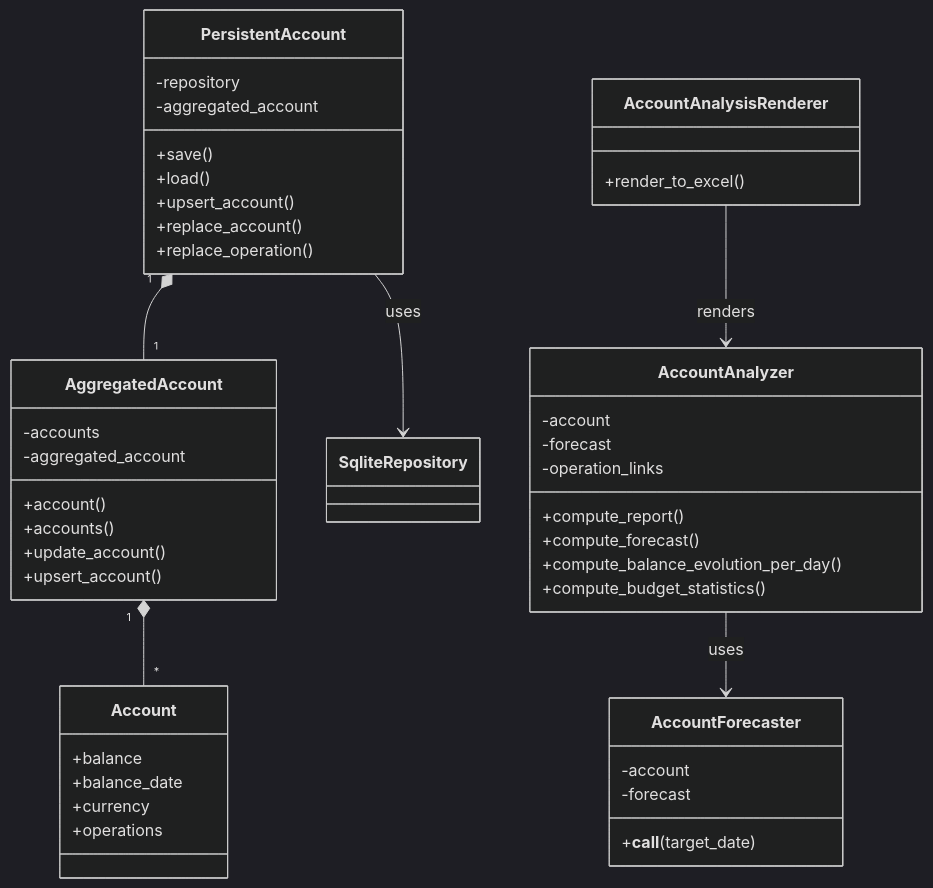
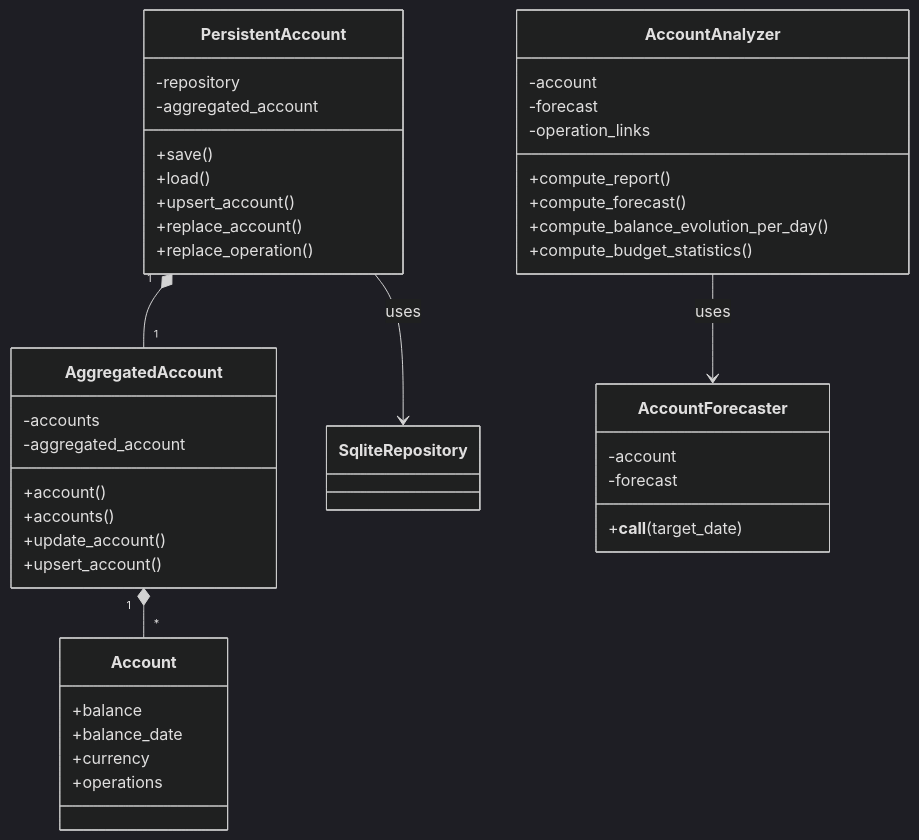
One commit to corentin-core/budget-forecaster changed the first of 3 diagrams in docs/dev/account.md. Above: the diagram before and after it, drawn with Mermaid (dark theme). The commit also changed other lines of this file and 94 other files, not shown here.

````diff
--- a/docs/dev/account.md
+++ b/docs/dev/account.md
@@ -8,54 +8,49 @@
 ```mermaid
 classDiagram
     class PersistentAccount {
         -repository
         -aggregated_account
         +save()
         +load()
         +upsert_account()
         +replace_account()
         +replace_operation()
     }
 
     class AggregatedAccount {
         -accounts
         -aggregated_account
         +account()
         +accounts()
         +update_account()
         +upsert_account()
     }
 
     class AccountForecaster {
         -account
         -forecast
         +__call__(target_date)
     }
 
     class AccountAnalyzer {
         -account
         -forecast
         -operation_links
         +compute_report()
         +compute_forecast()
         +compute_balance_evolution_per_day()
         +compute_budget_statistics()
     }
 
-    class AccountAnalysisRenderer {
-        +render_to_excel()
-    }
-
     class Account {
         +balance
         +balance_date
         +currency
         +operations
     }
 
     PersistentAccount "1" *-- "1" AggregatedAccount
     PersistentAccount --> SqliteRepository : uses
     AggregatedAccount "1" *-- "*" Account
     AccountAnalyzer --> AccountForecaster : uses
-    AccountAnalysisRenderer --> AccountAnalyzer : renders
 ```
````
